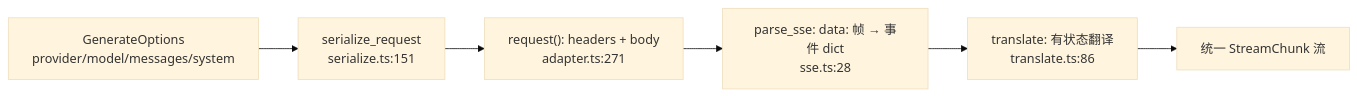
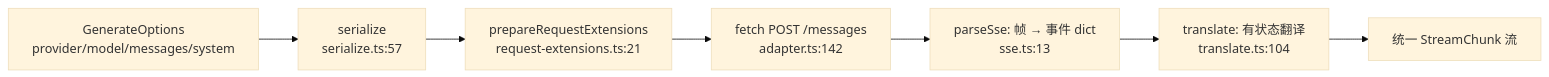
One commit to ChenYu1991ppak/deepseek-harness-anatomy changed the third of 5 diagrams in ch07/ch07-llm-adaptation-streaming_zh.md. Above: the diagram before and after it, drawn with Mermaid (base theme). The commit also changed other lines of this file and 124 other files, not shown here.

````diff
--- a/ch07/ch07-llm-adaptation-streaming_zh.md
+++ b/ch07/ch07-llm-adaptation-streaming_zh.md
@@ -278,8 +289,9 @@
 ```mermaid
 flowchart LR
-    OPT["GenerateOptions<br/>provider/model/messages/system"] --> SER["serialize_request<br/>serialize.ts:151"]
-    SER --> REQ["request(): headers + body<br/>adapter.ts:271"]
-    REQ --> SSE["parse_sse: data: 帧 → 事件 dict<br/>sse.ts:28"]
-    SSE --> TR["translate: 有状态翻译<br/>translate.ts:86"]
+    OPT["GenerateOptions<br/>provider/model/messages/system"] --> SER["serialize<br/>serialize.ts:57"]
+    SER --> EXT["prepareRequestExtensions<br/>request-extensions.ts:21"]
+    EXT --> REQ["fetch POST /messages<br/>adapter.ts:142"]
+    REQ --> SSE["parseSse: 帧 → 事件 dict<br/>sse.ts:13"]
+    SSE --> TR["translate: 有状态翻译<br/>translate.ts:104"]
     TR --> OUT["统一 StreamChunk 流"]
 ```
````
